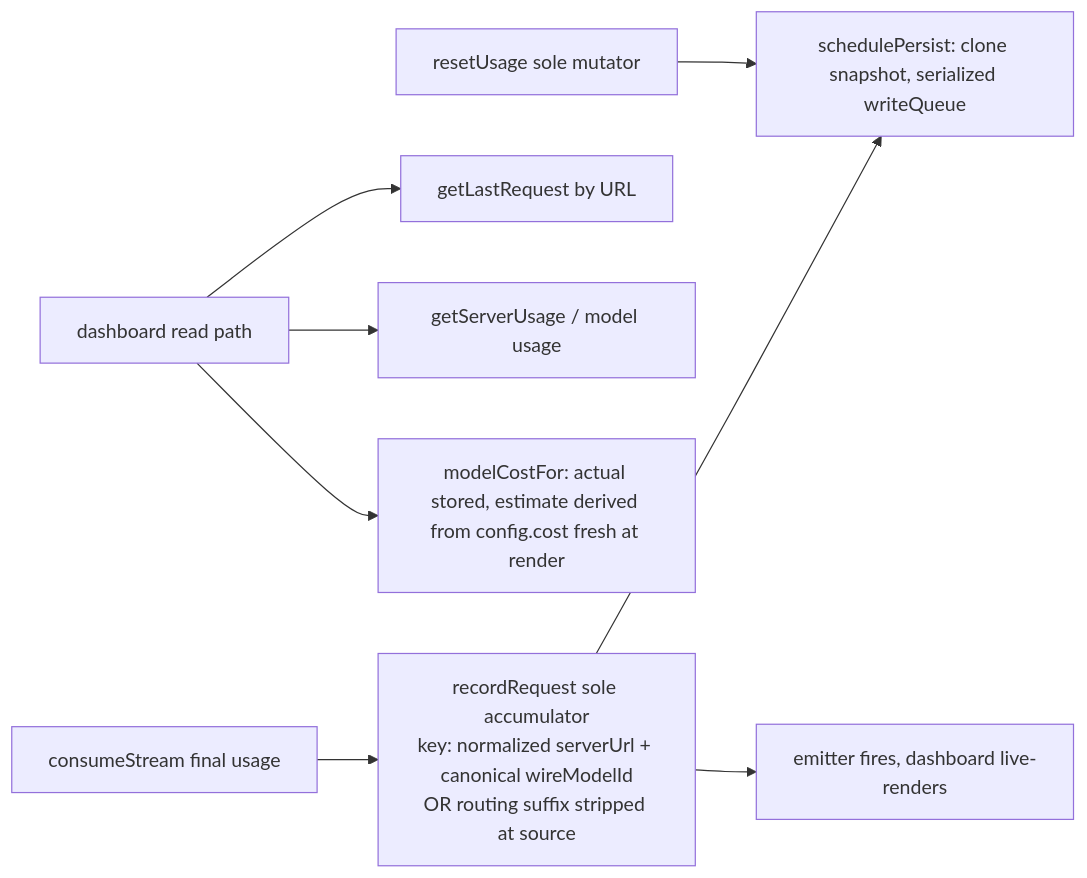
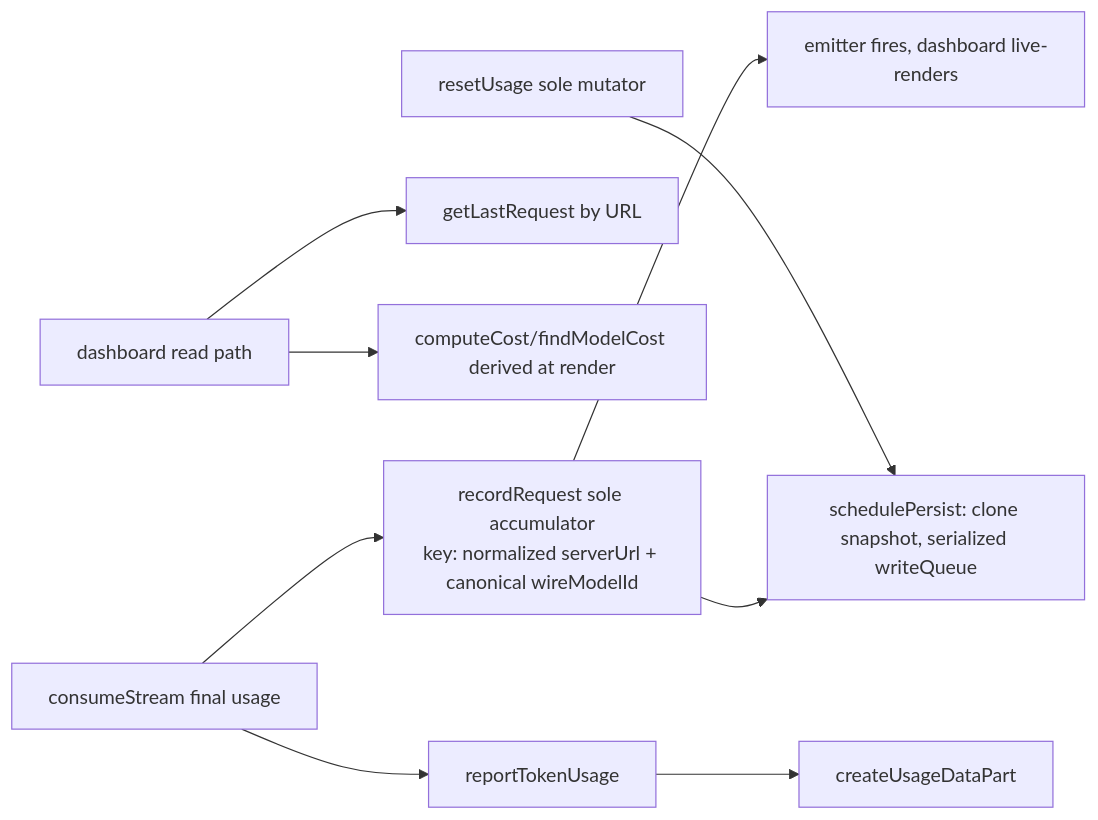
One commit to fuzzifikation/vLLM-Copilot changed diagram 14 of 18 in docs/complexity-audit.md. Above: the diagram before and after it, drawn with Mermaid. The commit also changed other lines of this file and 113 other files, not shown here.

````diff
--- a/docs/complexity-audit.md
+++ b/docs/complexity-audit.md
@@ -849,8 +517,9 @@
 ```mermaid
 flowchart LR
-    CS[consumeStream final usage] --> RR[recordRequest sole accumulator<br/>key: normalized serverUrl + canonical wireModelId<br/>OR routing suffix stripped at source]
+    CS[consumeStream final usage] --> RR[recordRequest sole accumulator<br/>key: normalized serverUrl + canonical wireModelId]
     RR --> SP[schedulePersist: clone snapshot, serialized writeQueue]
     RR --> EM[emitter fires, dashboard live-renders]
-    DASH[dashboard read path] --> LRQ[getLastRequest by URL] & TUC[getServerUsage / model usage] & MC[modelCostFor: actual stored, estimate derived from config.cost fresh at render]
+    DASH[dashboard read path] --> LRQ[getLastRequest by URL] & COST[computeCost/findModelCost derived at render]
     RS[resetUsage sole mutator] --> SP
+    CS --> RT[reportTokenUsage] --> CUDP[createUsageDataPart]
 ```
````
